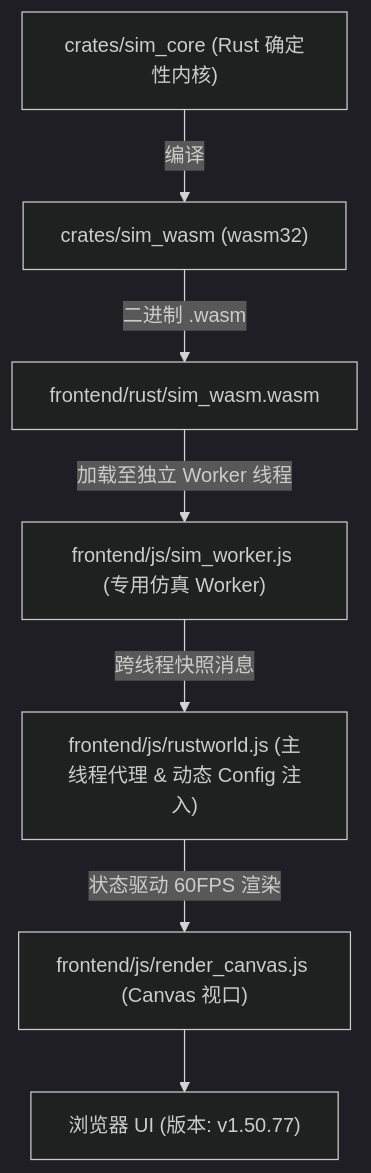
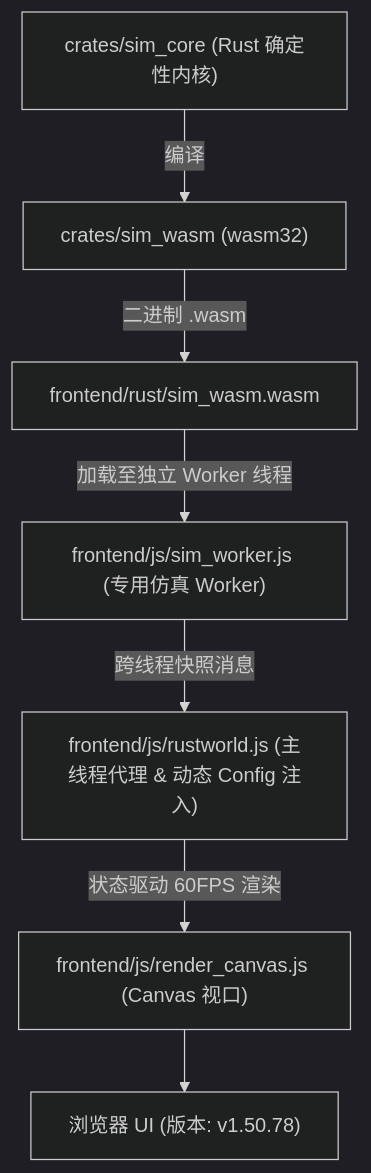
Before and after one commit to g39088902/FlowAndAccord: the diagram in AGENTS.md, drawn with Mermaid (dark theme). The commit also changed other lines of this file and 15 other files, not shown here.

````diff
--- a/AGENTS.md
+++ b/AGENTS.md
@@ -61,10 +61,10 @@
 ```mermaid
 graph TD
     A["crates/sim_core (Rust 确定性内核)"] -->|编译| B["crates/sim_wasm (wasm32)"]
     B -->|二进制 .wasm| C["frontend/rust/sim_wasm.wasm"]
     C -->|加载至独立 Worker 线程| D["frontend/js/sim_worker.js (专用仿真 Worker)"]
     D -->|跨线程快照消息| E["frontend/js/rustworld.js (主线程代理 & 动态 Config 注入)"]
     E -->|状态驱动 60FPS 渲染| F["frontend/js/render_canvas.js (Canvas 视口)"]
-    F --> G["浏览器 UI (版本: v1.50.77)"]
+    F --> G["浏览器 UI (版本: v1.50.78)"]
 
 ```
````
